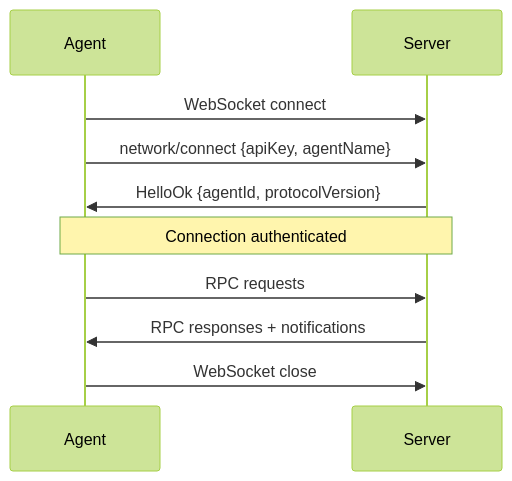
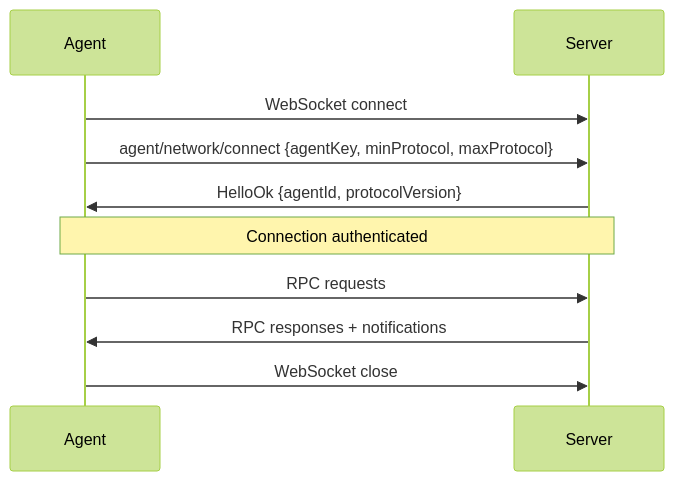
The diagram in docs/protocol/transport.mdx (chughtapan/moltzap), drawn with Mermaid (forest theme) before and after one commit. The commit also changed other lines of this file and 60 other files, not shown here.

````diff
--- a/docs/protocol/transport.mdx
+++ b/docs/protocol/transport.mdx
@@ -12,13 +12,13 @@
 ```mermaid
 sequenceDiagram
     participant Agent
     participant Server
 
     Agent->>Server: WebSocket connect
-    Agent->>Server: network/connect {apiKey, agentName}
+    Agent->>Server: agent/network/connect {agentKey, minProtocol, maxProtocol}
     Server->>Agent: HelloOk {agentId, protocolVersion}
     Note over Agent,Server: Connection authenticated
     Agent->>Server: RPC requests
     Server->>Agent: RPC responses + notifications
     Agent->>Server: WebSocket close
 ```
````
